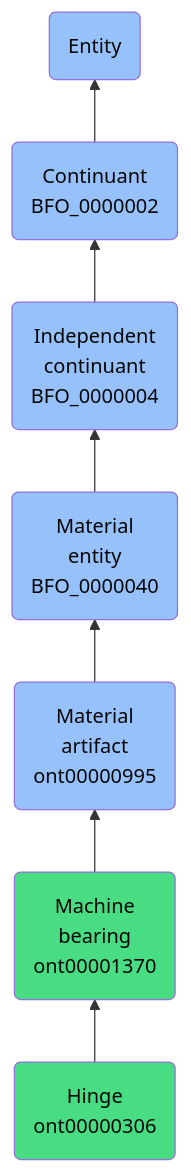
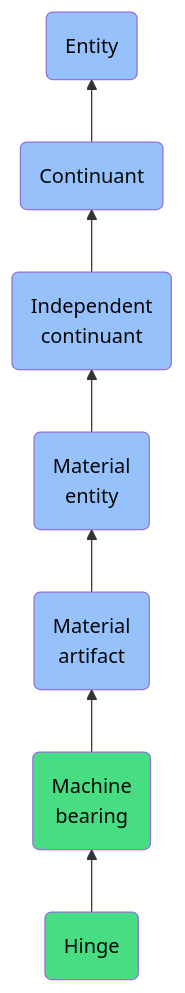
Before and after one commit to jupyter-naas/abi: the diagram in docs/ontology/reference/model/Entity/Continuant/Independent continuant/Material entity/Material artifact/Machine bearing/Hinge/Hinge.md, drawn with Mermaid. The commit also changed other lines of this file and 1430 other files, not shown here.

````diff
--- a/docs/ontology/reference/model/Entity/Continuant/Independent continuant/Material entity/Material artifact/Machine bearing/Hinge/Hinge.md
+++ b/docs/ontology/reference/model/Entity/Continuant/Independent continuant/Material entity/Material artifact/Machine bearing/Hinge/Hinge.md
@@ -24,14 +24,14 @@
 ```mermaid
 graph BT
-    ont00000306(Hinge<br>ont00000306):::ABI-->ont00001370
-    ont00001370(Machine<br>bearing<br>ont00001370):::ABI-->ont00000995
-    ont00000995(Material<br>artifact<br>ont00000995):::BFO-->BFO_0000040
-    BFO_0000040(Material<br>entity<br>BFO_0000040):::BFO-->BFO_0000004
-    BFO_0000004(Independent<br>continuant<br>BFO_0000004):::BFO-->BFO_0000002
-    BFO_0000002(Continuant<br>BFO_0000002):::BFO-->BFO_0000001
+    ont00000306(Hinge):::ABI-->ont00001370
+    ont00001370(Machine<br>bearing):::ABI-->ont00000995
+    ont00000995(Material<br>artifact):::BFO-->BFO_0000040
+    BFO_0000040(Material<br>entity):::BFO-->BFO_0000004
+    BFO_0000004(Independent<br>continuant):::BFO-->BFO_0000002
+    BFO_0000002(Continuant):::BFO-->BFO_0000001
     BFO_0000001(Entity):::BFO
     
     classDef BFO fill:#97c1fb,color:#060606
     classDef CCO fill:#e4c51e,color:#060606
     classDef ABI fill:#48DD82,color:#060606
 ```
````
